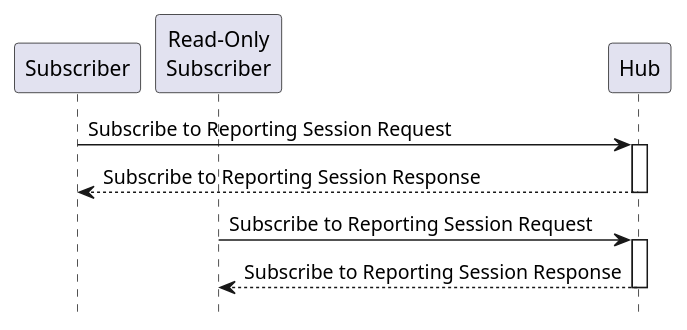
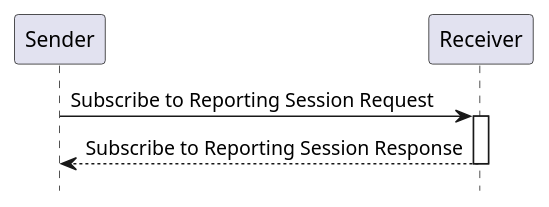
Before and after one commit to IHE/RAD.IRA: the diagram in input/images-source/rad-x1-seq.plantuml, drawn with PlantUML. The commit also changed 1 other file, not shown here.

```diff
--- a/input/images-source/rad-x1-seq.plantuml
+++ b/input/images-source/rad-x1-seq.plantuml
@@ -1,19 +1,13 @@
 @startuml
 
 hide footbox
 
-participant "Subscriber" as Sub
-participant "Read-Only\nSubscriber" as ROSub
-participant "Hub" as Hub
+participant "Sender" as Sender
+participant "Receiver" as Receiver
 
-Sub->Hub: Subscribe to Reporting Session Request
-activate Hub
-Hub-->Sub: Subscribe to Reporting Session Response
-deactivate Hub
-
-ROSub->Hub: Subscribe to Reporting Session Request
-activate Hub
-Hub-->ROSub: Subscribe to Reporting Session Response
-deactivate Hub
+Sender->Receiver: Subscribe to Reporting Session Request
+activate Receiver
+Receiver-->Sender: Subscribe to Reporting Session Response
+deactivate Receiver
 
 @enduml
```
